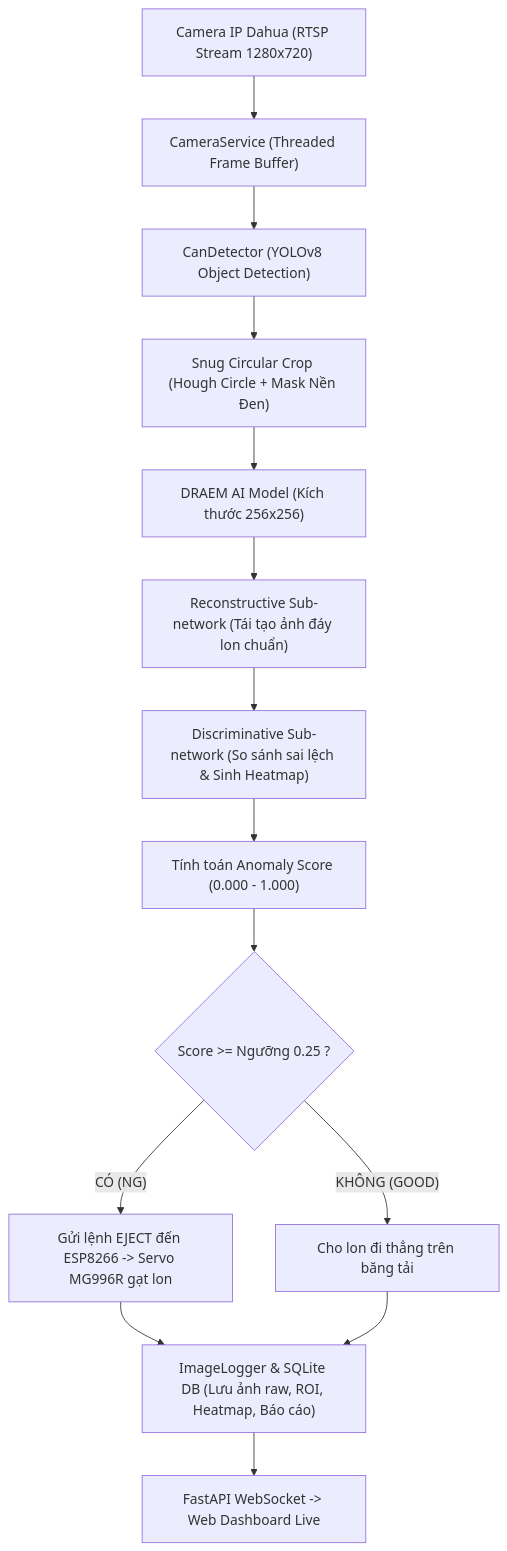
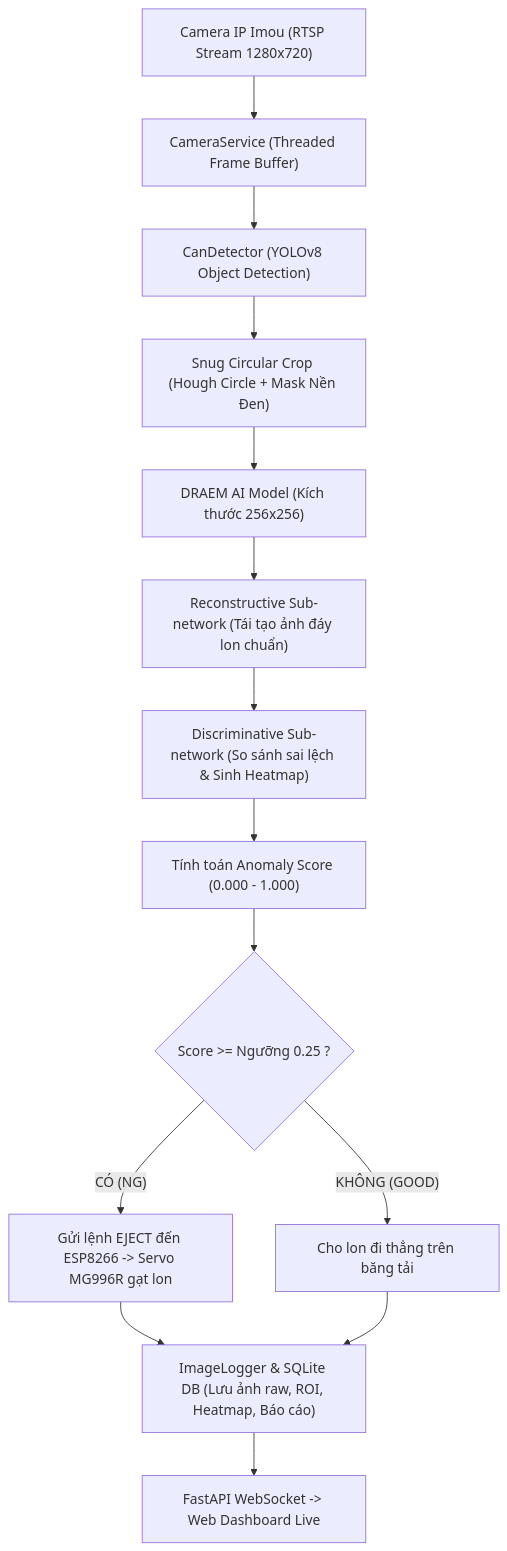
The diagram in docs/KIEN_TRUC_HE_THONG.md (HH1112HH/BEERCAN_ANOMALY_DETECTION), drawn with Mermaid before and after one commit. The commit also changed other lines of this file and 5 other files, not shown here.

Commit message:
docs: replace Dahua with Imou and remove all emoji icons from markdown files

````diff
--- a/docs/KIEN_TRUC_HE_THONG.md
+++ b/docs/KIEN_TRUC_HE_THONG.md
@@ -11,16 +11,16 @@
 ```mermaid
 flowchart TD
-    A["Camera IP Dahua (RTSP Stream 1280x720)"] --> B["CameraService (Threaded Frame Buffer)"]
+    A["Camera IP Imou (RTSP Stream 1280x720)"] --> B["CameraService (Threaded Frame Buffer)"]
     B --> C["CanDetector (YOLOv8 Object Detection)"]
     C --> D["Snug Circular Crop (Hough Circle + Mask Nền Đen)"]
     D --> E["DRAEM AI Model (Kích thước 256x256)"]
     E --> F["Reconstructive Sub-network (Tái tạo ảnh đáy lon chuẩn)"]
     F --> G["Discriminative Sub-network (So sánh sai lệch & Sinh Heatmap)"]
     G --> H["Tính toán Anomaly Score (0.000 - 1.000)"]
     H --> I{"Score >= Ngưỡng 0.25 ?"}
     I -- "CÓ (NG)" --> J["Gửi lệnh EJECT đến ESP8266 -> Servo MG996R gạt lon"]
     I -- "KHÔNG (GOOD)" --> K["Cho lon đi thẳng trên băng tải"]
     J --> L["ImageLogger & SQLite DB (Lưu ảnh raw, ROI, Heatmap, Báo cáo)"]
     K --> L
     L --> M["FastAPI WebSocket -> Web Dashboard Live"]
 ```
````
